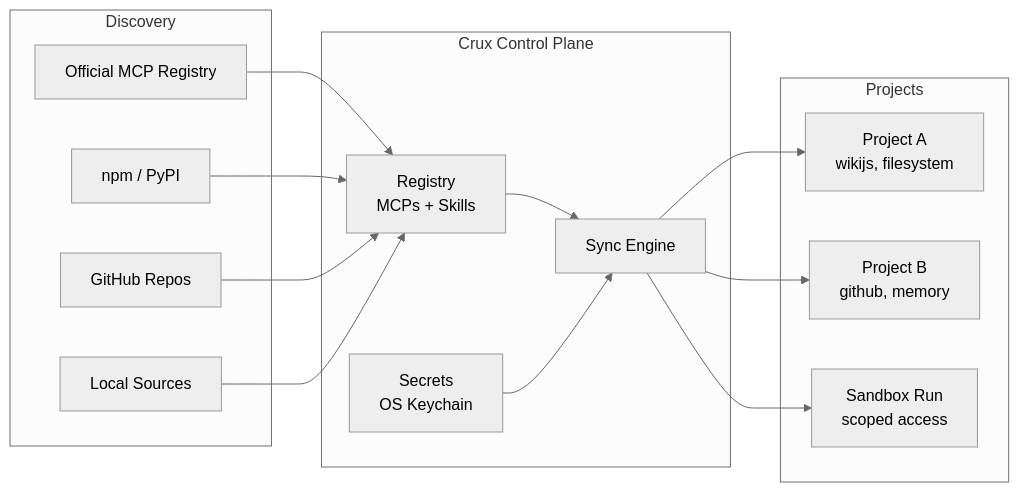
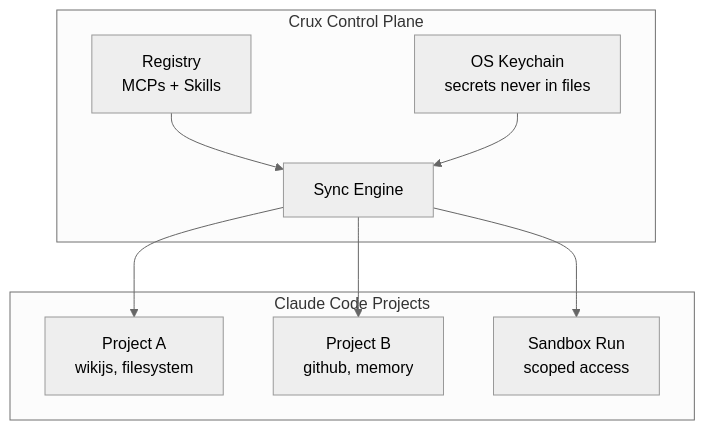
One commit to crux-cli/crux changed the second of 2 diagrams in README.md. Above: the diagram before and after it, drawn with Mermaid. The commit also changed other lines of this file and 1 other file, not shown here.

First line of the commit message:
docs: captivating homepage with audience questions and before/after diagrams (#8)

````diff
--- a/README.md
+++ b/README.md
@@ -79,32 +92,21 @@
 ```mermaid
 %%{init: {'theme': 'neutral'}}%%
-graph LR
-    subgraph Discovery
-        S1[Official MCP Registry]
-        S2[npm / PyPI]
-        S3[GitHub Repos]
-        S4[Local Sources]
-    end
-
+graph TB
     subgraph Crux[Crux Control Plane]
         REG[Registry\nMCPs + Skills]
-        SEC[Secrets\nOS Keychain]
+        SEC[OS Keychain\nsecrets never in files]
         SYN[Sync Engine]
     end
 
-    subgraph Projects
-        P1[Project A\nwikijs, filesystem]
-        P2[Project B\ngithub, memory]
-        P3[Sandbox Run\nscoped access]
+    subgraph Projects[Claude Code Projects]
+        PA[Project A\nwikijs, filesystem]
+        PB[Project B\ngithub, memory]
+        SB[Sandbox Run\nscoped access]
     end
 
-    S1 --> REG
-    S2 --> REG
-    S3 --> REG
-    S4 --> REG
     REG --> SYN
     SEC --> SYN
-    SYN --> P1
-    SYN --> P2
-    SYN --> P3
+    SYN --> PA
+    SYN --> PB
+    SYN --> SB
 ```
````
